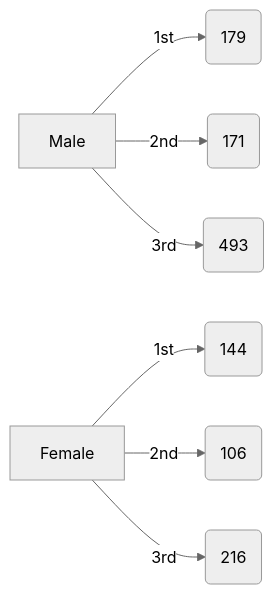
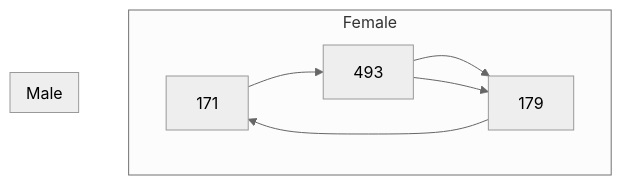
Before and after one commit to antononcube/Raku-LLM-Functions: the third of 8 diagrams in docs/Workflows-with-LLM-functions_woven.md, drawn with Mermaid (neutral theme). The commit also changed other lines of this file and 1 other file, not shown here.

Commit message:
docs:Better explanations. Changed the "Flowchart" section in "General structure of workflows" and made the corresponding explanations changes.

````diff
--- a/docs/Workflows-with-LLM-functions_woven.md
+++ b/docs/Workflows-with-LLM-functions_woven.md
@@ -493,9 +495,9 @@
 ```mermaid
-graph LR
-Male[Male] -->|1st| A(179)
-Male --> |2nd| B(171)
-Male --> |3rd| C(493)
-Female[Female] -->|1st| D(144)
-Female --> |2nd| E(106)
-Female --> |3rd| F(216)
+graph TD
+subgraph Female
+2nd[106] --> 3rd[216] --> 1st[144]
+end
+subgraph Male
+3rd[493] --> 1st[179] --> 2nd[171]
+end
 ```
````
